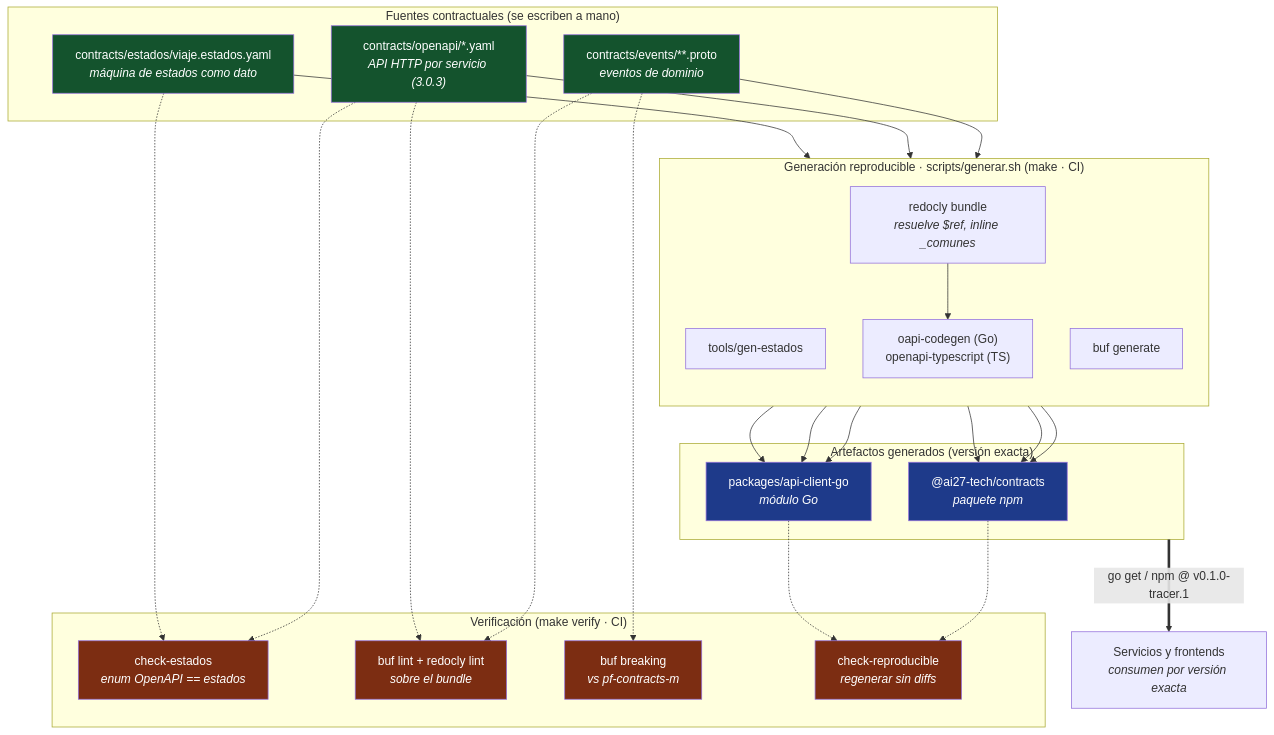
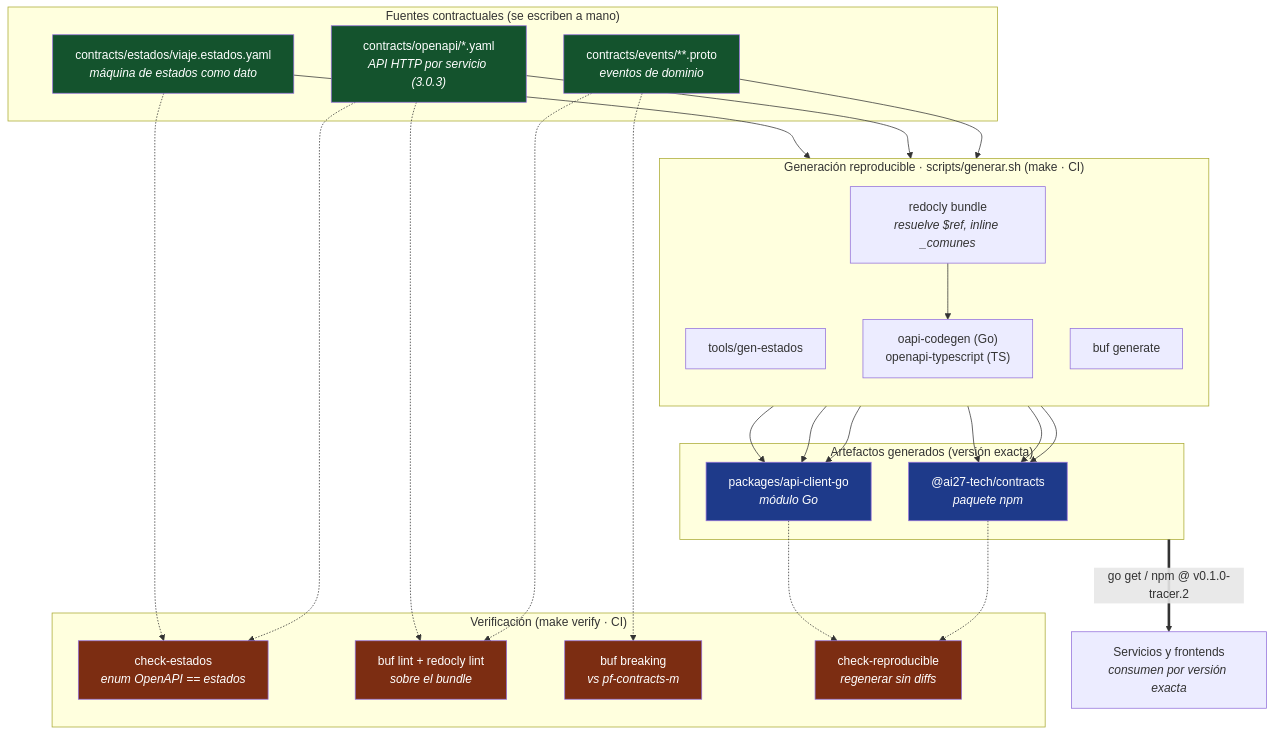
The diagram in README.md (AI27-Tech/pf-pkg-contracts), drawn with Mermaid before and after one commit. The commit also changed other lines of this file and 1 other file, not shown here.

First line of the commit message:
docs(contratos): README y CHANGELOG al estado real de tracer.2

````diff
--- a/README.md
+++ b/README.md
@@ -73,49 +85,49 @@
 ```mermaid
 flowchart TB
     subgraph FUENTES["Fuentes contractuales (se escriben a mano)"]
         E["contracts/estados/viaje.estados.yaml<br/><i>máquina de estados como dato</i>"]
         O["contracts/openapi/*.yaml<br/><i>API HTTP por servicio (3.0.3)</i>"]
         V["contracts/events/**.proto<br/><i>eventos de dominio</i>"]
     end
 
     subgraph GEN["Generación reproducible · scripts/generar.sh (make · CI)"]
         direction TB
         GE["tools/gen-estados"]
         BND["redocly bundle<br/><i>resuelve $ref, inline _comunes</i>"]
         OAPI["oapi-codegen (Go)<br/>openapi-typescript (TS)"]
         BUF["buf generate"]
         BND --> OAPI
     end
 
     subgraph ART["Artefactos generados (versión exacta)"]
         GO["packages/api-client-go<br/><i>módulo Go</i>"]
         TS["@ai27-tech/contracts<br/><i>paquete npm</i>"]
     end
 
     subgraph CHECK["Verificación (make verify · CI)"]
         CE["check-estados<br/><i>enum OpenAPI == estados</i>"]
         LINT["buf lint + redocly lint<br/><i>sobre el bundle</i>"]
         BRK["buf breaking<br/><i>vs pf-contracts-m</i>"]
         REPRO["check-reproducible<br/><i>regenerar sin diffs</i>"]
     end
 
     E --> GE --> GO & TS
     O --> BND
     OAPI --> GO & TS
     V --> BUF --> GO & TS
 
     E -.-> CE
     O -.-> CE & LINT
     V -.-> LINT & BRK
     GO -.-> REPRO
     TS -.-> REPRO
 
-    ART ==>|"go get / npm @ v0.1.0-tracer.1"| CONS["Servicios y frontends<br/><i>consumen por versión exacta</i>"]
+    ART ==>|"go get / npm @ v0.1.0-tracer.2"| CONS["Servicios y frontends<br/><i>consumen por versión exacta</i>"]
 
     classDef fuente fill:#14532d,color:#fff
     classDef art fill:#1e3a8a,color:#fff
     classDef chk fill:#7c2d12,color:#fff
     class E,O,V fuente
     class GO,TS art
     class CE,LINT,BRK,REPRO chk
 ```
````
